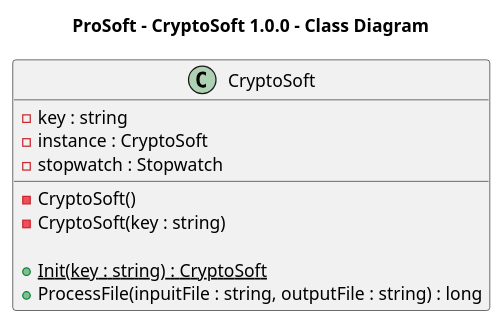
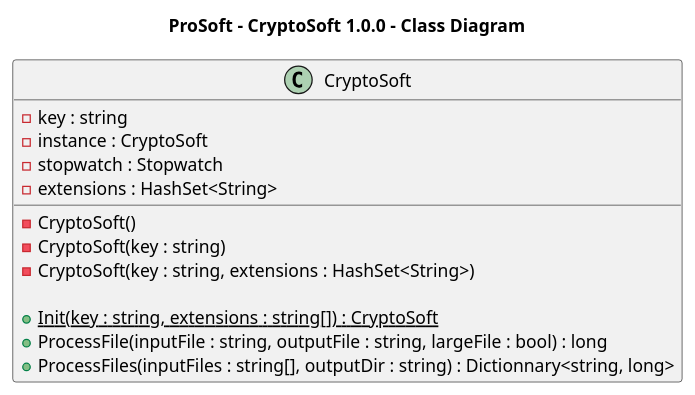
One commit to TangoAlphaN/EasySave changed the diagram in docs/diagrams/cryptosoft/class.puml. Above: the diagram before and after it, drawn with PlantUML.

```diff
--- a/docs/diagrams/cryptosoft/class.puml
+++ b/docs/diagrams/cryptosoft/class.puml
@@ -1,17 +1,20 @@
 @startuml ProSoft - CryptoSoft 1.0.0 - Class Diagram
 
 title "ProSoft - CryptoSoft 1.0.0 - Class Diagram"
 
 class CryptoSoft {
     - key : string
     - instance : CryptoSoft
     - stopwatch : Stopwatch
+    - extensions : HashSet<String>
 
     - CryptoSoft()
     - CryptoSoft(key : string)
+    - CryptoSoft(key : string, extensions : HashSet<String>)
 
-    + {static} Init(key : string) : CryptoSoft
-    + ProcessFile(inpuitFile : string, outputFile : string) : long
+    + {static} Init(key : string, extensions : string[]) : CryptoSoft
+    + ProcessFile(inputFile : string, outputFile : string, largeFile : bool) : long
+    + ProcessFiles(inputFiles : string[], outputDir : string) : Dictionnary<string, long>
 }
 
 @enduml
```
